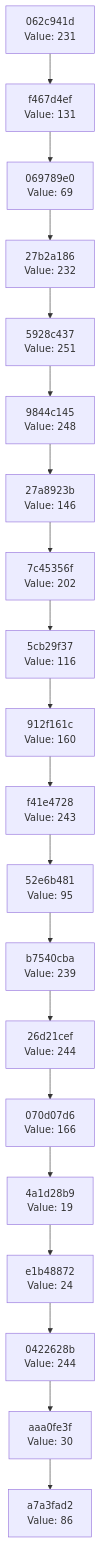
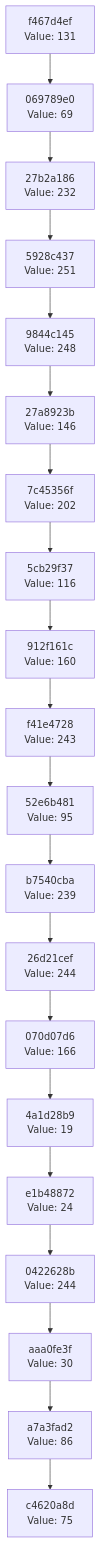
The diagram in docs/CHAIN_VISUALIZATION.md (Abhisheksinha1506/hash-chain-evolver), drawn with Mermaid before and after one commit. The commit also changed 2 other files, not shown here.

Commit message:
Evolution Step

````diff
--- a/docs/CHAIN_VISUALIZATION.md
+++ b/docs/CHAIN_VISUALIZATION.md
@@ -3,42 +3,42 @@
 ```mermaid
 graph TD
-    C0["a7a3fad2<br/>Value: 86"]
-    C1["aaa0fe3f<br/>Value: 30"]
+    C0["c4620a8d<br/>Value: 75"]
+    C1["a7a3fad2<br/>Value: 86"]
     C1 --> C0
-    C2["0422628b<br/>Value: 244"]
+    C2["aaa0fe3f<br/>Value: 30"]
     C2 --> C1
-    C3["e1b48872<br/>Value: 24"]
+    C3["0422628b<br/>Value: 244"]
     C3 --> C2
-    C4["4a1d28b9<br/>Value: 19"]
+    C4["e1b48872<br/>Value: 24"]
     C4 --> C3
-    C5["070d07d6<br/>Value: 166"]
+    C5["4a1d28b9<br/>Value: 19"]
     C5 --> C4
-    C6["26d21cef<br/>Value: 244"]
+    C6["070d07d6<br/>Value: 166"]
     C6 --> C5
-    C7["b7540cba<br/>Value: 239"]
+    C7["26d21cef<br/>Value: 244"]
     C7 --> C6
-    C8["52e6b481<br/>Value: 95"]
+    C8["b7540cba<br/>Value: 239"]
     C8 --> C7
-    C9["f41e4728<br/>Value: 243"]
+    C9["52e6b481<br/>Value: 95"]
     C9 --> C8
-    C10["912f161c<br/>Value: 160"]
+    C10["f41e4728<br/>Value: 243"]
     C10 --> C9
-    C11["5cb29f37<br/>Value: 116"]
+    C11["912f161c<br/>Value: 160"]
     C11 --> C10
-    C12["7c45356f<br/>Value: 202"]
+    C12["5cb29f37<br/>Value: 116"]
     C12 --> C11
-    C13["27a8923b<br/>Value: 146"]
+    C13["7c45356f<br/>Value: 202"]
     C13 --> C12
-    C14["9844c145<br/>Value: 248"]
+    C14["27a8923b<br/>Value: 146"]
     C14 --> C13
-    C15["5928c437<br/>Value: 251"]
+    C15["9844c145<br/>Value: 248"]
     C15 --> C14
-    C16["27b2a186<br/>Value: 232"]
+    C16["5928c437<br/>Value: 251"]
     C16 --> C15
-    C17["069789e0<br/>Value: 69"]
+    C17["27b2a186<br/>Value: 232"]
     C17 --> C16
-    C18["f467d4ef<br/>Value: 131"]
+    C18["069789e0<br/>Value: 69"]
     C18 --> C17
-    C19["062c941d<br/>Value: 231"]
+    C19["f467d4ef<br/>Value: 131"]
     C19 --> C18
 ```
````
